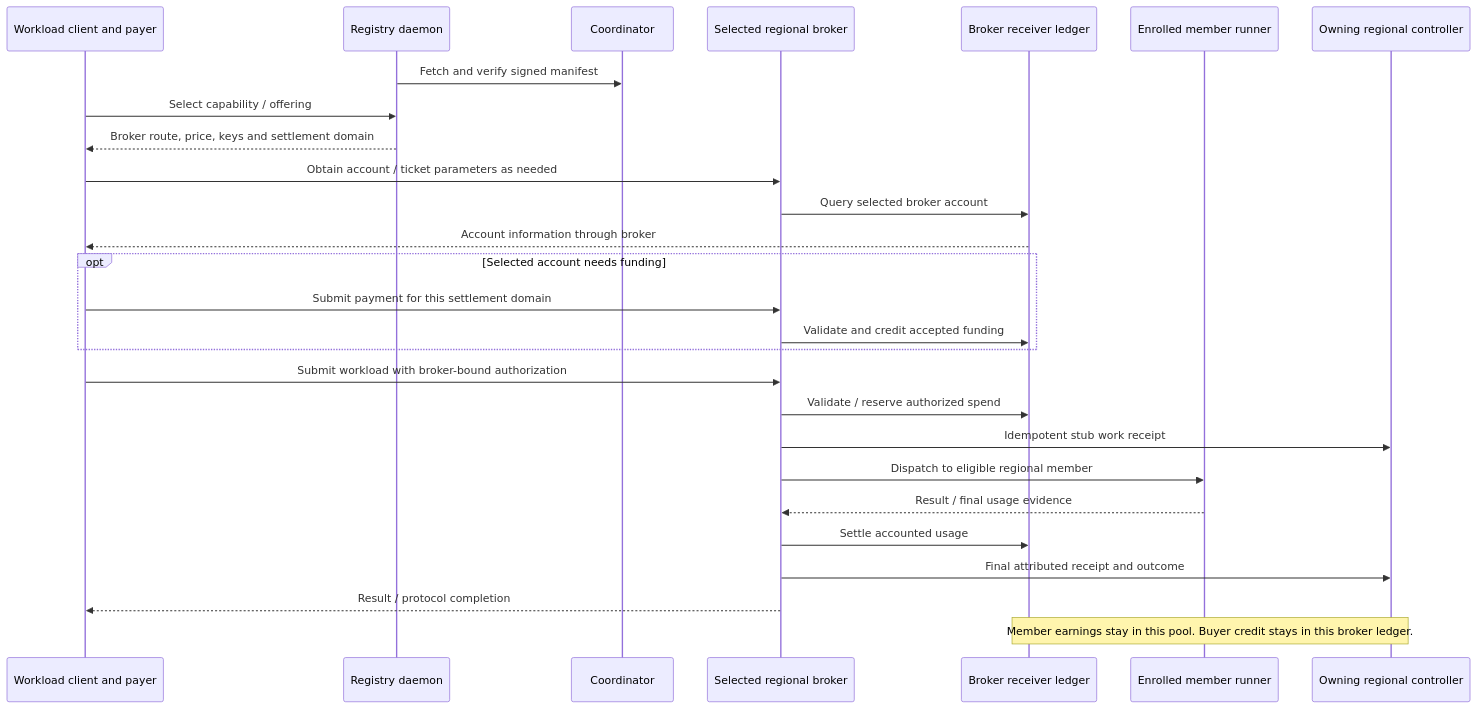
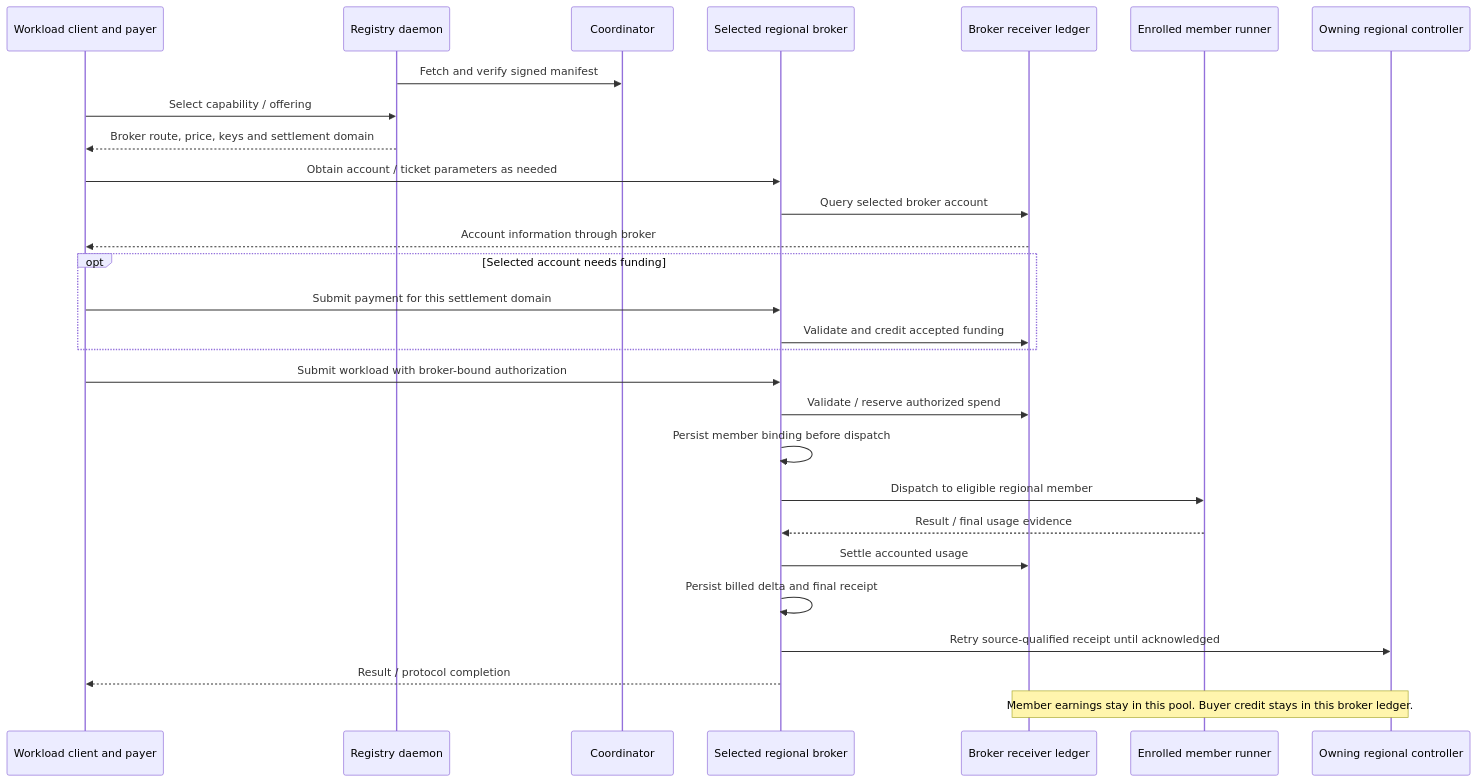
The fourth of 6 diagrams in docs/design-docs/regional-pools.md (Cloud-SPE/livepeer-network-modules), drawn with Mermaid before and after one commit. The commit also changed other lines of this file and 407 other files, not shown here.

````diff
--- a/docs/design-docs/regional-pools.md
+++ b/docs/design-docs/regional-pools.md
@@ -572,29 +578,30 @@
 ```mermaid
 sequenceDiagram
     participant Client as Workload client and payer
     participant Registry as Registry daemon
     participant Coord as Coordinator
     participant B as Selected regional broker
     participant PD as Broker receiver ledger
     participant Runner as Enrolled member runner
     participant C as Owning regional controller
     Registry->>Coord: Fetch and verify signed manifest
     Client->>Registry: Select capability / offering
     Registry-->>Client: Broker route, price, keys and settlement domain
     Client->>B: Obtain account / ticket parameters as needed
     B->>PD: Query selected broker account
     PD-->>Client: Account information through broker
     opt Selected account needs funding
         Client->>B: Submit payment for this settlement domain
         B->>PD: Validate and credit accepted funding
     end
     Client->>B: Submit workload with broker-bound authorization
     B->>PD: Validate / reserve authorized spend
-    B->>C: Idempotent stub work receipt
+    B->>B: Persist member binding before dispatch
     B->>Runner: Dispatch to eligible regional member
     Runner-->>B: Result / final usage evidence
     B->>PD: Settle accounted usage
-    B->>C: Final attributed receipt and outcome
+    B->>B: Persist billed delta and final receipt
+    B->>C: Retry source-qualified receipt until acknowledged
     B-->>Client: Result / protocol completion
     Note over C,PD: Member earnings stay in this pool. Buyer credit stays in this broker ledger.
 ```
````
